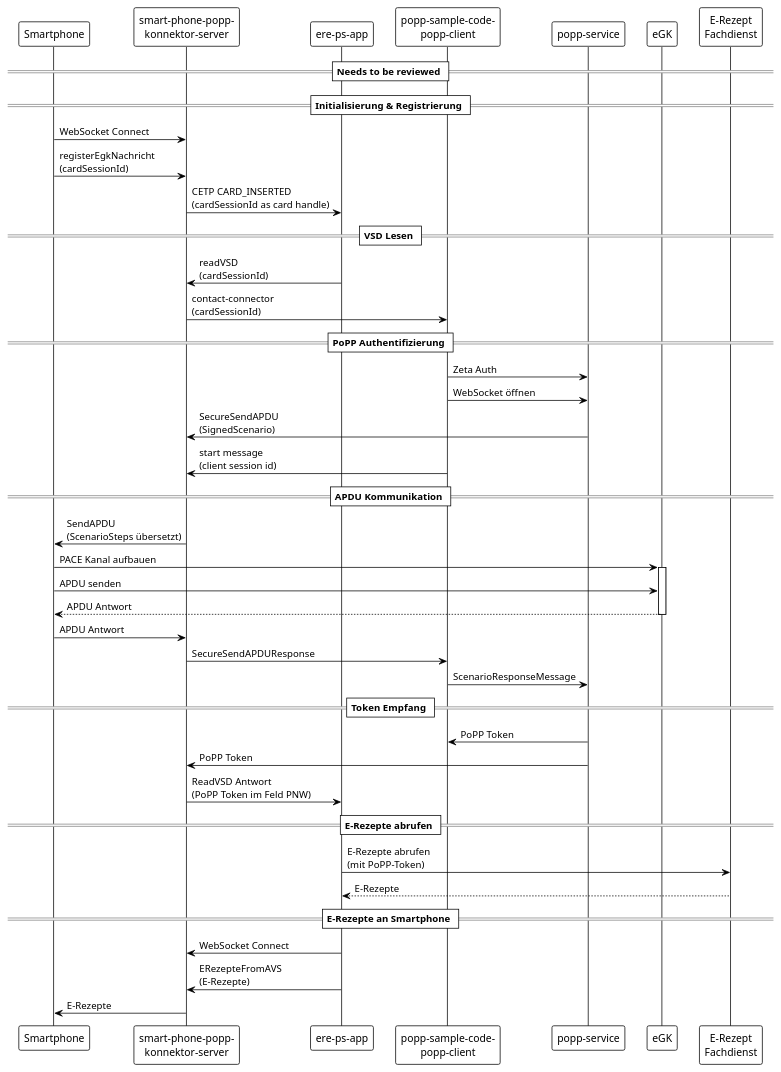
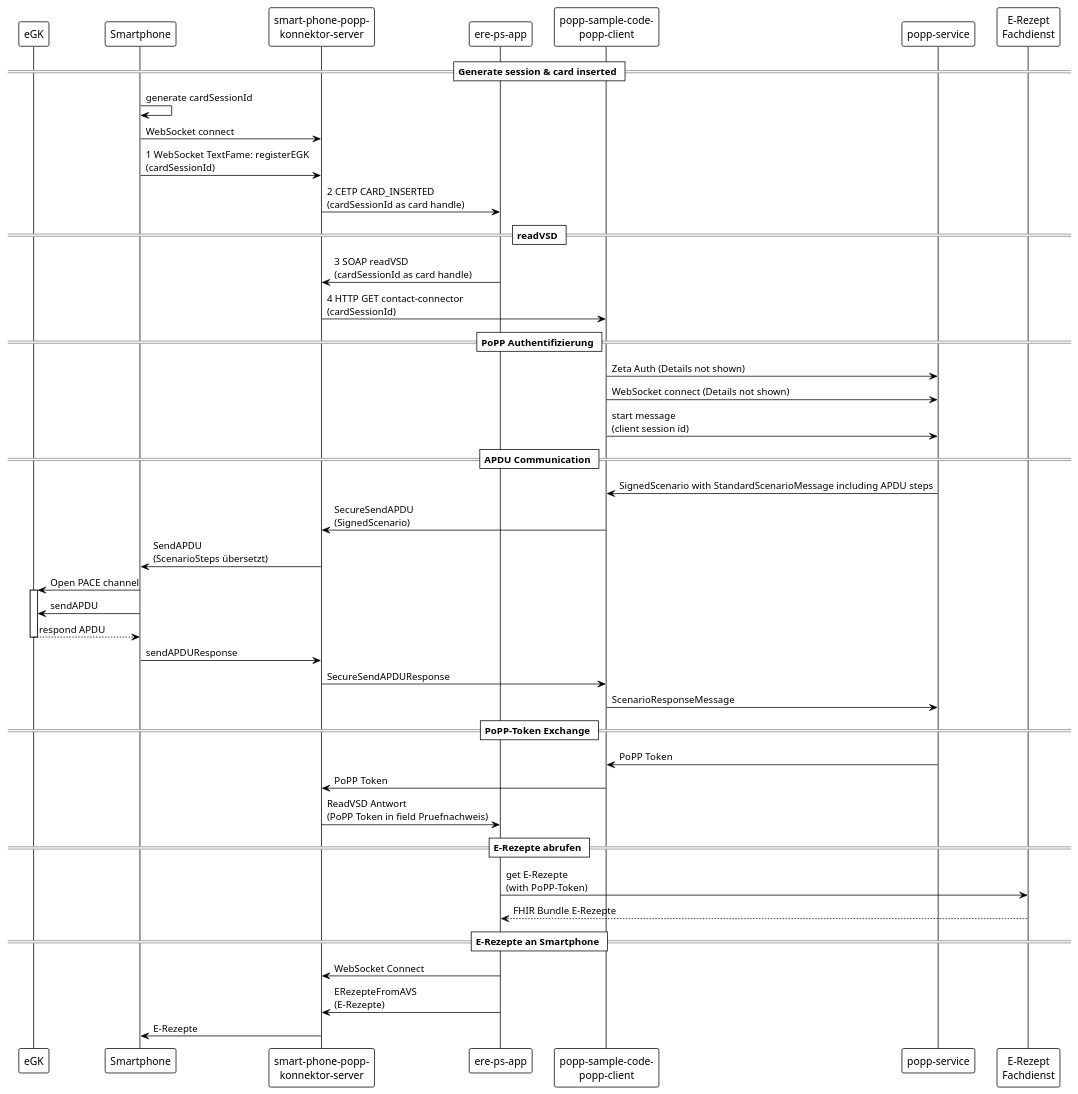
One commit to med-united/popp-smartphone-konnektor changed the diagram in doc/e-rezepte-to-phone.puml. Above: the diagram before and after it, drawn with PlantUML. The commit also changed 3 other files, not shown here.

Commit message:
Added mupltiple image including a sequence diagram

```diff
--- a/doc/e-rezepte-to-phone.puml
+++ b/doc/e-rezepte-to-phone.puml
@@ -1,54 +1,54 @@
 @startuml
 !theme plain
 
+participant "eGK" as egk
 participant "Smartphone" as phone
 participant "smart-phone-popp-\nkonnektor-server" as connector
 participant "ere-ps-app" as app
 participant "popp-sample-code-\npopp-client" as client
 participant "popp-service" as service
-participant "eGK" as egk
 participant "E-Rezept\nFachdienst" as fachdienst
 
-== Needs to be reviewed ==
+== Generate session & card inserted ==
+phone -> phone: generate cardSessionId
+phone -> connector: WebSocket connect
+phone -> connector: 1 WebSocket TextFame: registerEGK\n(cardSessionId)
+connector -> app: 2 CETP CARD_INSERTED\n(cardSessionId as card handle)
 
-== Initialisierung & Registrierung ==
-phone -> connector: WebSocket Connect
-phone -> connector: registerEgkNachricht\n(cardSessionId)
-connector -> app: CETP CARD_INSERTED\n(cardSessionId as card handle)
-
-== VSD Lesen ==
-app -> connector: readVSD\n(cardSessionId)
-connector -> client: contact-connector\n(cardSessionId)
+== readVSD ==
+app -> connector: 3 SOAP readVSD\n(cardSessionId as card handle)
+connector -> client: 4 HTTP GET contact-connector\n(cardSessionId)
 
 == PoPP Authentifizierung ==
-client -> service: Zeta Auth
-client -> service: WebSocket öffnen
-service -> connector: SecureSendAPDU\n(SignedScenario)
-client -> connector: start message\n(client session id)
+client -> service: Zeta Auth (Details not shown)
+client -> service: WebSocket connect (Details not shown)
+client -> service: start message\n(client session id)
 
-== APDU Kommunikation ==
+== APDU Communication ==
+service -> client: SignedScenario with StandardScenarioMessage including APDU steps
+client -> connector: SecureSendAPDU\n(SignedScenario)
 connector -> phone: SendAPDU\n(ScenarioSteps übersetzt)
-phone -> egk: PACE Kanal aufbauen
+phone -> egk: Open PACE channel
 activate egk
-phone -> egk: APDU senden
-egk --> phone: APDU Antwort
+phone -> egk: sendAPDU
+egk --> phone: respond APDU
 deactivate egk
-phone -> connector: APDU Antwort
+phone -> connector: sendAPDUResponse
 connector -> client: SecureSendAPDUResponse
 client -> service: ScenarioResponseMessage
 
-== Token Empfang ==
+== PoPP-Token Exchange ==
 service -> client: PoPP Token
-service -> connector: PoPP Token
-connector -> app: ReadVSD Antwort\n(PoPP Token im Feld PNW)
+client -> connector: PoPP Token
+connector -> app: ReadVSD Antwort\n(PoPP Token in field Pruefnachweis)
 
 == E-Rezepte abrufen ==
-app -> fachdienst: E-Rezepte abrufen\n(mit PoPP-Token)
-fachdienst --> app: E-Rezepte
+app -> fachdienst: get E-Rezepte\n(with PoPP-Token)
+fachdienst --> app: FHIR Bundle E-Rezepte
 
 == E-Rezepte an Smartphone ==
 app -> connector: WebSocket Connect
 app -> connector: ERezepteFromAVS\n(E-Rezepte)
 connector -> phone: E-Rezepte
 
 @enduml
```
